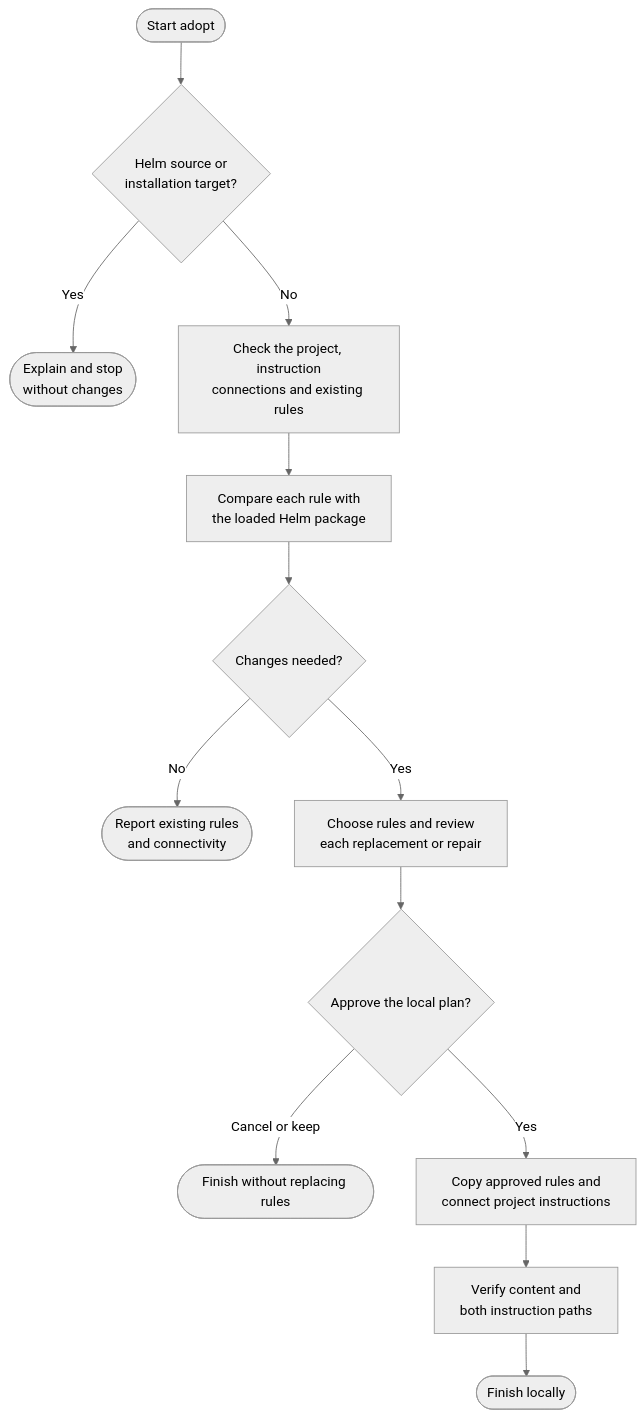
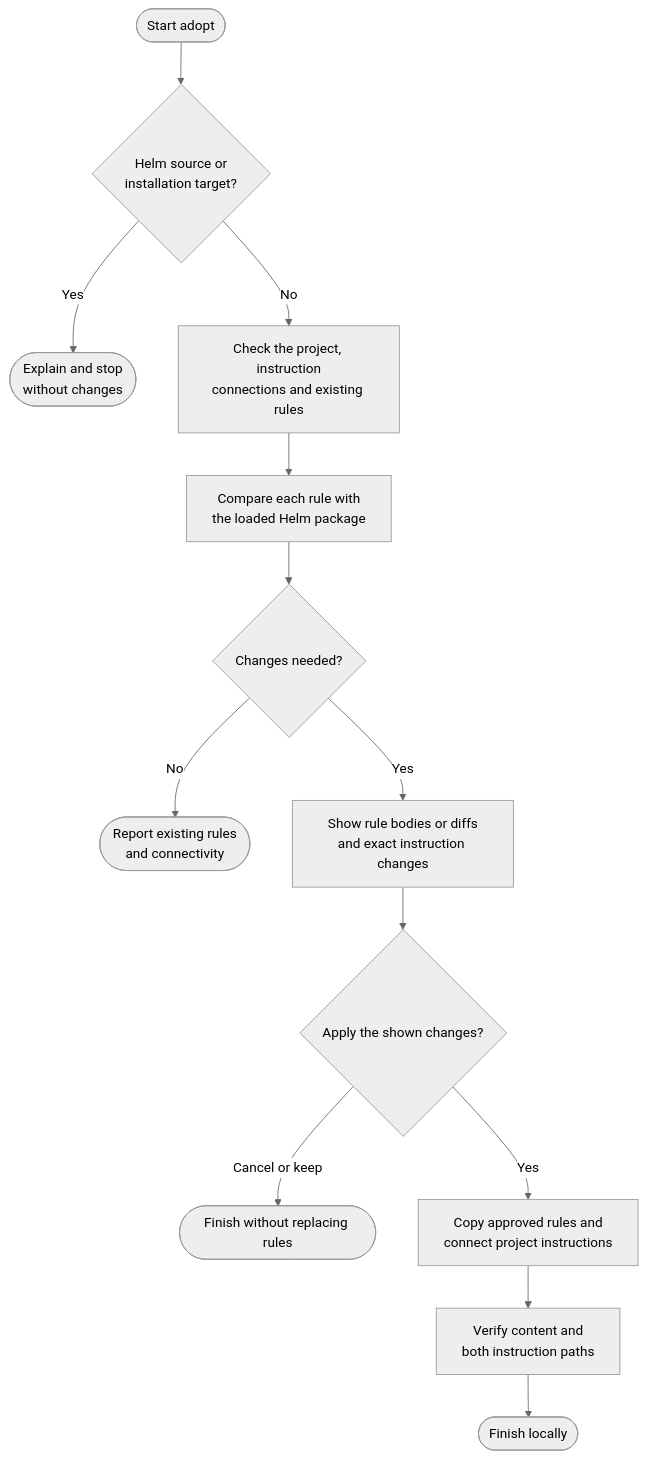
The diagram in docs/commands/adopt.md (myowinthein/agent-helm), drawn with Mermaid (neutral theme) before and after one commit. The commit also changed other lines of this file and 1 other file, not shown here.

Commit message:
fix(adopt): apply reviewed changes without repeat approvals

````diff
--- a/docs/commands/adopt.md
+++ b/docs/commands/adopt.md
@@ -25,15 +25,15 @@
 ```mermaid
 flowchart TD
   Start(["Start adopt"]) --> Guard{"Helm source or<br/>installation target?"}
   Guard -->|Yes| Stop(["Explain and stop<br/>without changes"])
   Guard -->|No| Inspect["Check the project, instruction<br/>connections and existing rules"]
   Inspect --> Compare["Compare each rule with<br/>the loaded Helm package"]
   Compare --> Needed{"Changes needed?"}
   Needed -->|No| Current(["Report existing rules<br/>and connectivity"])
-  Needed -->|Yes| Review["Choose rules and review<br/>each replacement or repair"]
-  Review --> Decision{"Approve the local plan?"}
+  Needed -->|Yes| Review["Show rule bodies or diffs<br/>and exact instruction changes"]
+  Review --> Decision{"Apply the shown changes?"}
   Decision -->|Cancel or keep| Finish(["Finish without replacing rules"])
   Decision -->|Yes| Apply["Copy approved rules and<br/>connect project instructions"]
   Apply --> Verify["Verify content and<br/>both instruction paths"]
   Verify --> Done(["Finish locally"])
 ```
````
